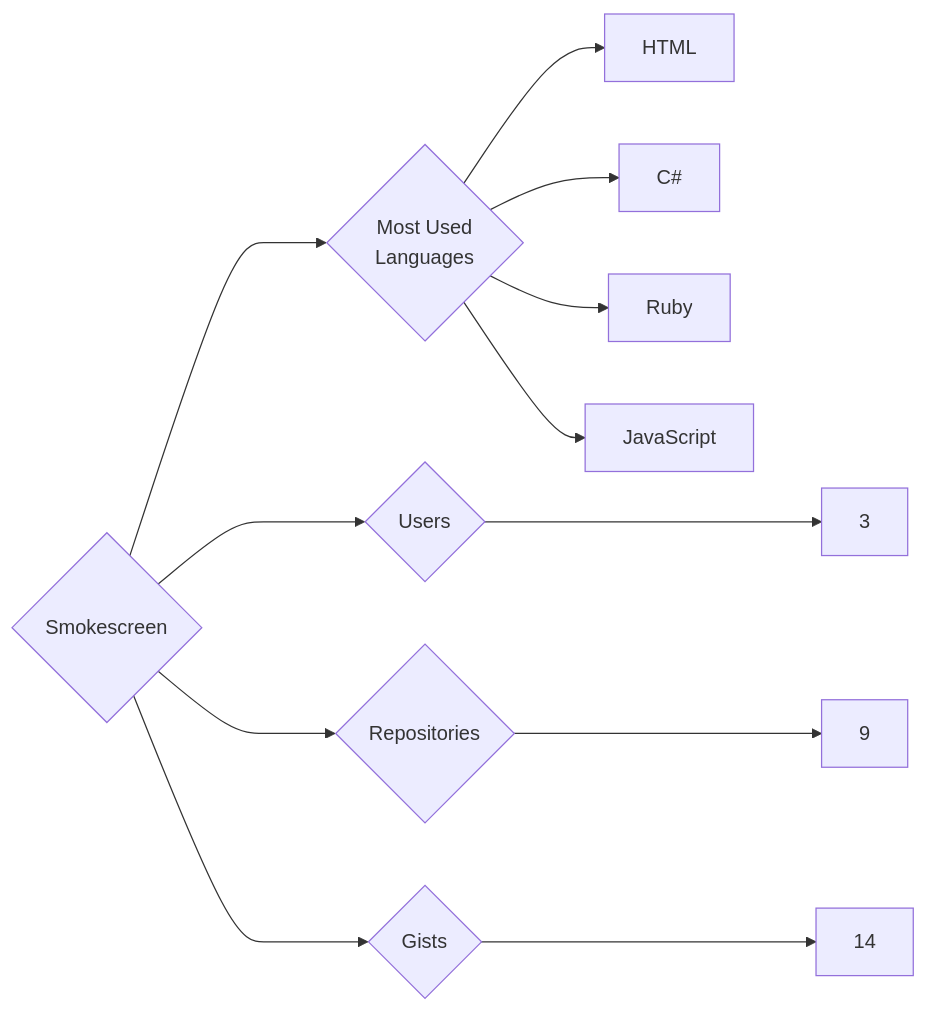
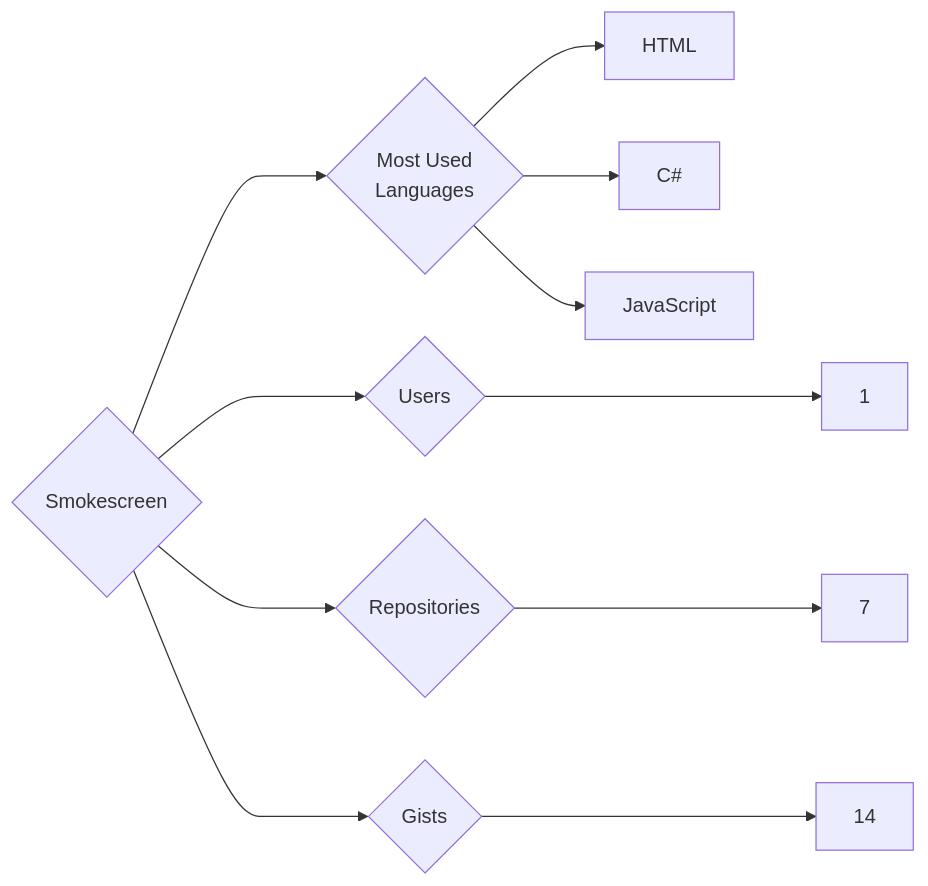
The diagram in targets/Smokescreen/README.md (trickest/insiders), drawn with Mermaid before and after one commit. The commit also changed 995 other files, not shown here.

````diff
--- a/targets/Smokescreen/README.md
+++ b/targets/Smokescreen/README.md
@@ -3,12 +3,11 @@
 ```mermaid
 graph LR
 COMPANY_NAME{Smokescreen}
-COMPANY_NAME ---> U{Users} ---> UN[3]
-COMPANY_NAME ---> R{Repositories} ---> RN[9]
+COMPANY_NAME ---> U{Users} ---> UN[1]
+COMPANY_NAME ---> R{Repositories} ---> RN[7]
 COMPANY_NAME ---> G{Gists} ---> GN[14]
 COMPANY_NAME ---> ML{Most Used<br>Languages}
 ML --> HTML[HTML]
 ML --> C#[C#]
-ML --> Ruby[Ruby]
 ML --> JavaScript[JavaScript]
 ```
````
